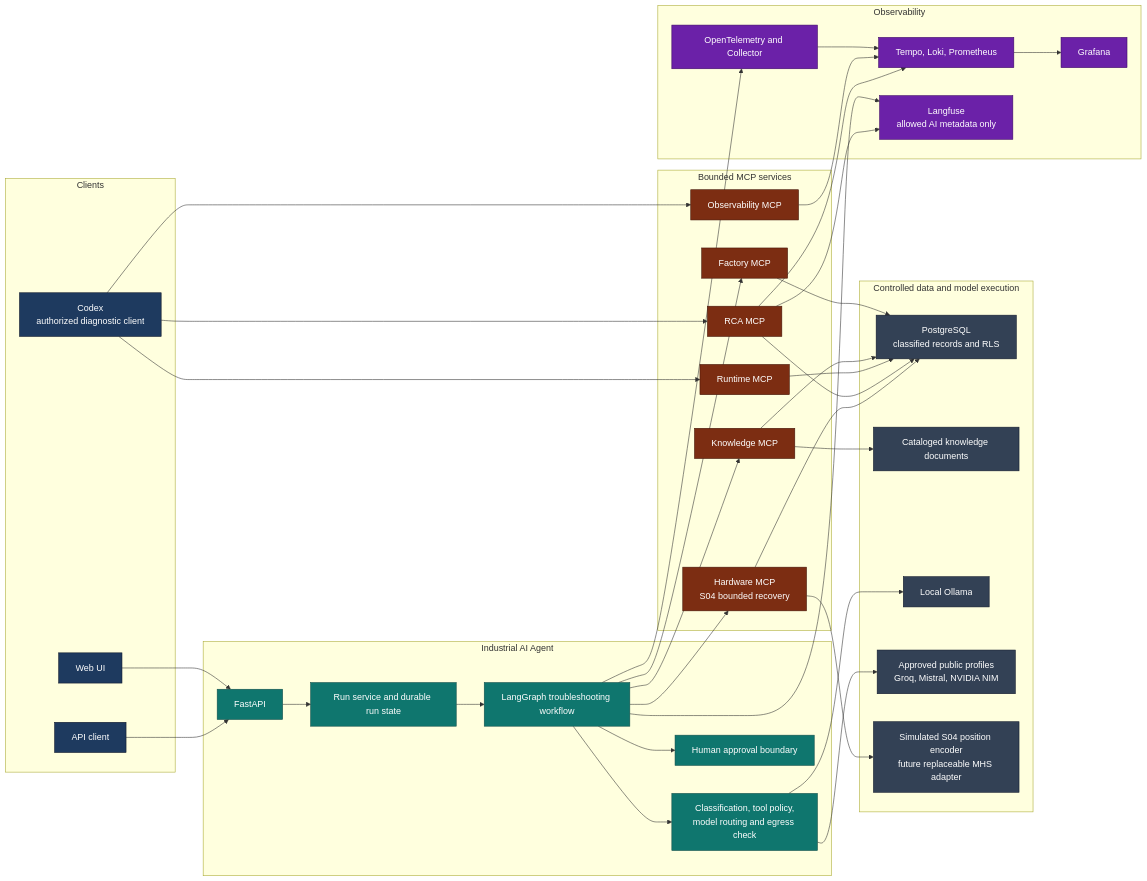
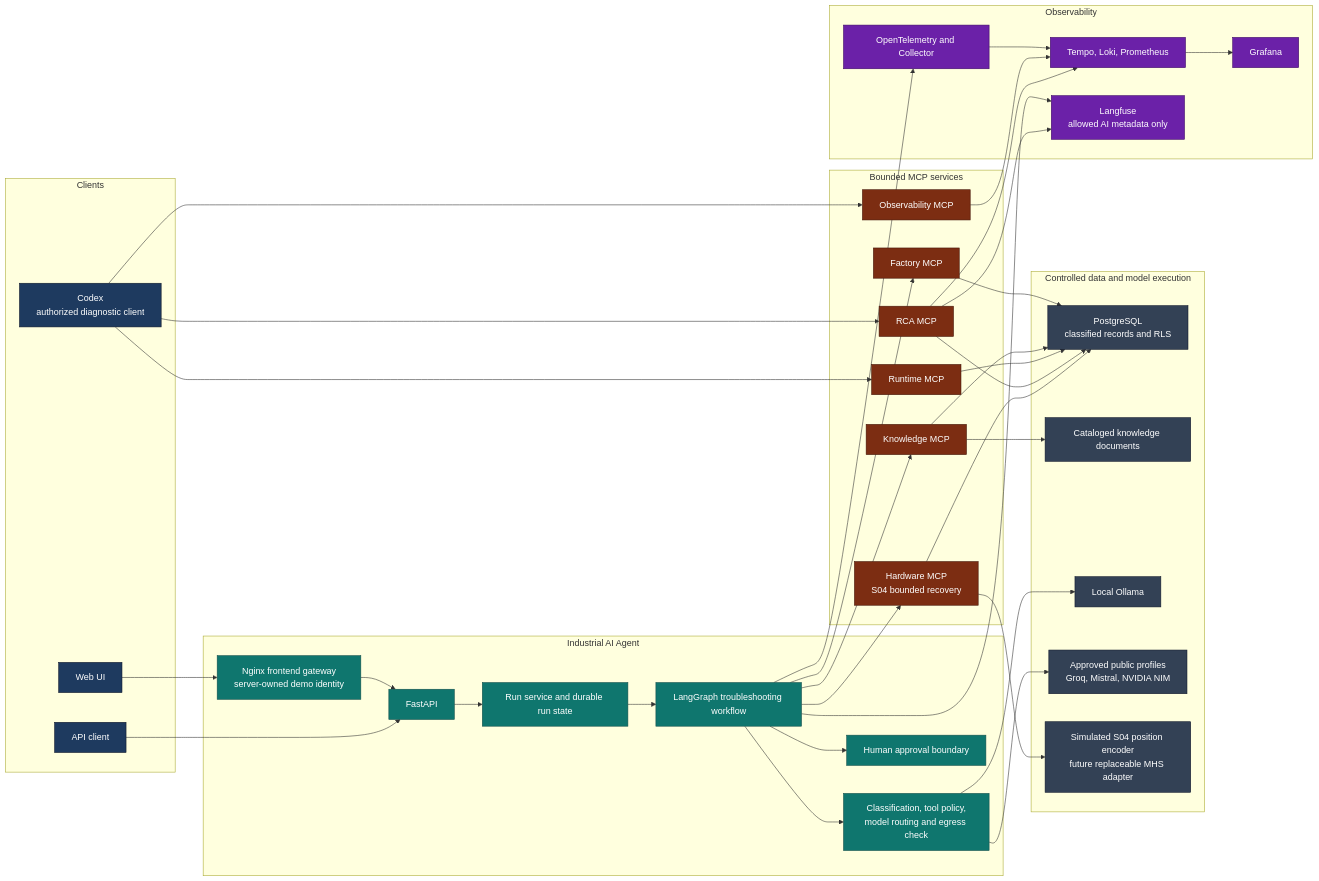
Before and after one commit to aboerzel/industrial-ai-agent: the first of 21 diagrams in docs/architecture/overview.md, drawn with Mermaid. The commit also changed other lines of this file and 13 other files, not shown here.

Commit message:
fix: route frontend API through authenticated gateway

````diff
--- a/docs/architecture/overview.md
+++ b/docs/architecture/overview.md
@@ -5,78 +5,79 @@
 ```mermaid
 flowchart LR
     subgraph Clients["Clients"]
         UI["Web UI"]
         APIClient["API client"]
         Codex["Codex<br/>authorized diagnostic client"]
     end
 
     subgraph Application["Industrial AI Agent"]
+        Gateway["Nginx frontend gateway<br/>server-owned demo identity"]
         API["FastAPI"]
         Run["Run service and durable run state"]
         Agent["LangGraph troubleshooting workflow"]
         Policy["Classification, tool policy,<br/>model routing and egress check"]
         HITL["Human approval boundary"]
     end
 
     subgraph MCP["Bounded MCP services"]
         Factory["Factory MCP"]
         Knowledge["Knowledge MCP"]
         Runtime["Runtime MCP"]
         Observe["Observability MCP"]
         RCA["RCA MCP"]
         Hardware["Hardware MCP\nS04 bounded recovery"]
     end
 
     subgraph Data["Controlled data and model execution"]
         Postgres["PostgreSQL<br/>classified records and RLS"]
         Documents["Cataloged knowledge documents"]
         Local["Local Ollama"]
         Public["Approved public profiles<br/>Groq, Mistral, NVIDIA NIM"]
         Device["Simulated S04 position encoder<br/>future replaceable MHS adapter"]
     end
 
     subgraph Telemetry["Observability"]
         OTel["OpenTelemetry and Collector"]
         Backends["Tempo, Loki, Prometheus"]
         Grafana["Grafana"]
         Langfuse["Langfuse<br/>allowed AI metadata only"]
     end
 
-    UI --> API
+    UI --> Gateway --> API
     APIClient --> API
     API --> Run --> Agent
     Agent --> Policy
     Agent --> Factory
     Agent --> Knowledge
     Agent --> HITL
     Agent --> Hardware
     Factory --> Postgres
     Knowledge --> Postgres
     Knowledge --> Documents
     Policy --> Local
     Policy --> Public
     Agent --> OTel
     OTel --> Backends --> Grafana
     Agent --> Langfuse
     Codex --> Runtime
     Codex --> Observe
     Codex --> RCA
     Runtime --> Postgres
     Observe --> Backends
     RCA --> Postgres
     RCA --> Backends
     RCA --> Langfuse
     Hardware --> Postgres
     Hardware --> Device
 
     classDef client fill:#1e3a5f,stroke:#0f172a,color:#ffffff
     classDef core fill:#0f766e,stroke:#134e4a,color:#ffffff
     classDef mcp fill:#7c2d12,stroke:#431407,color:#ffffff
     classDef data fill:#334155,stroke:#0f172a,color:#ffffff
     classDef telemetry fill:#6b21a8,stroke:#3b0764,color:#ffffff
     class UI,APIClient,Codex client
-    class API,Run,Agent,Policy,HITL core
+    class Gateway,API,Run,Agent,Policy,HITL core
     class Factory,Knowledge,Runtime,Observe,RCA,Hardware mcp
     class Postgres,Documents,Local,Public,Device data
     class OTel,Backends,Grafana,Langfuse telemetry
 ```
````
